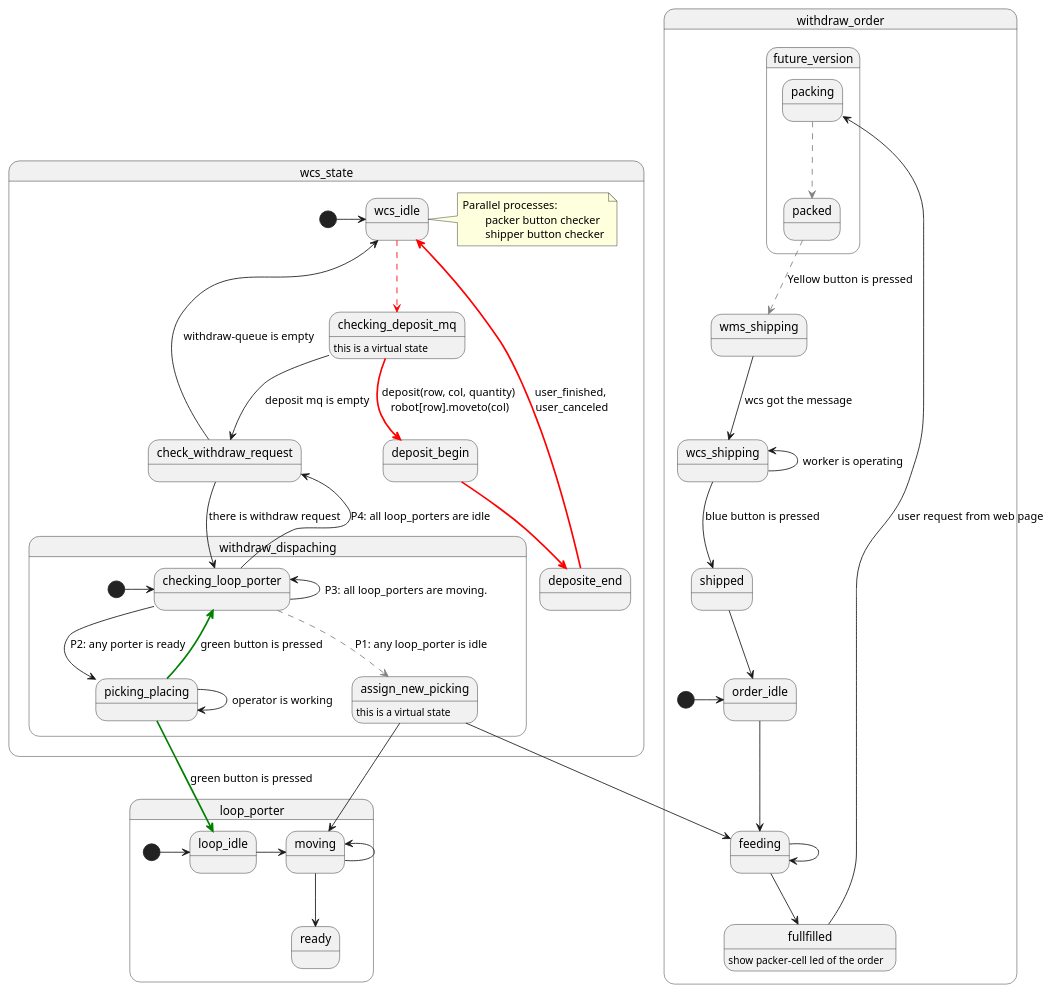
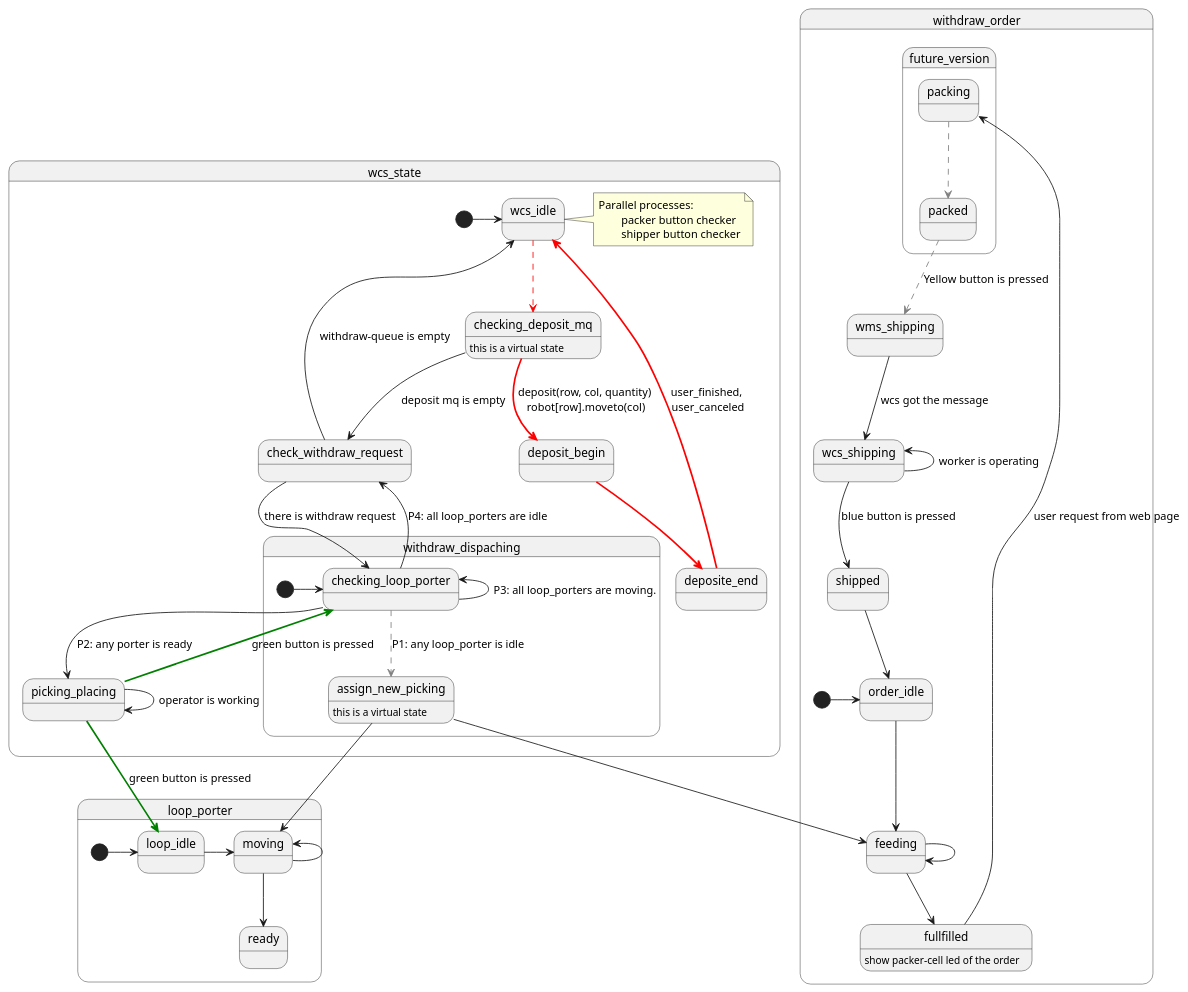
Before and after one commit to voicevon/gobot_front: the diagram in apps/port1234/docs/wcs_state_machine.puml, drawn with PlantUML. The commit also changed 9 other files, not shown here.

```diff
--- a/apps/port1234/docs/wcs_state_machine.puml
+++ b/apps/port1234/docs/wcs_state_machine.puml
@@ -1,63 +1,64 @@
 @startuml
 
 state wcs_state{
 	[*] -> wcs_idle
 	wcs_idle-[#red,dashed]-> checking_deposit_mq
 	checking_deposit_mq -[#red,bold]-> deposit_begin: deposit(row, col, quantity) \nrobot[row].moveto(col)
 	deposit_begin -[#red,bold]-> deposite_end
 	deposite_end -[#red,bold]->wcs_idle: user_finished, \nuser_canceled
 	checking_deposit_mq: this is a virtual state
 
 	state withdraw_dispaching{
 		[*] -> checking_loop_porter
 		checking_loop_porter -[#grey,dashed]-> assign_new_picking : P1: any loop_porter is idle
 		assign_new_picking: this is a virtual state
-		checking_loop_porter --> picking_placing : P2: any porter is ready  
-		checking_loop_porter <-- checking_loop_porter: P3: all loop_porters are moving.
-		picking_placing -> picking_placing: operator is working
-		picking_placing -[#green,bold]-> checking_loop_porter : green button is pressed
+
 	}
+	checking_loop_porter --> picking_placing : P2: any porter is ready  
+	checking_loop_porter <-- checking_loop_porter: P3: all loop_porters are moving.
+	picking_placing -> picking_placing: operator is working
+	picking_placing -[#green,bold]-> checking_loop_porter : green button is pressed
 	checking_deposit_mq --> check_withdraw_request: deposit mq is empty
 	check_withdraw_request --> wcs_idle:  withdraw-queue is empty
 	check_withdraw_request --> checking_loop_porter: there is withdraw request
 	check_withdraw_request <-- checking_loop_porter: P4: all loop_porters are idle
 	note right of wcs_idle
 	Parallel processes:
 		packer button checker
 		shipper button checker
 	end note
 }
 
 
 state loop_porter {
 	[*] -> loop_idle 
 	loop_idle -> moving
 	moving <- moving
 	moving --> ready
 }
 
 picking_placing -[#green,bold]-> loop_idle : green button is pressed
 assign_new_picking --> moving
 
 
 state withdraw_order{
 	[*] -> order_idle
 	order_idle --> feeding
 	feeding --> feeding
 	feeding --> fullfilled
 
 	state future_version{
 		fullfilled --> packing: user request from web page
 		packing -[#grey,dashed]-> packed 
 	}
 	packed -[#grey,dashed]-> wms_shipping: Yellow button is pressed
 
 	wms_shipping --> wcs_shipping: wcs got the message
 	wcs_shipping <-- wcs_shipping: worker is operating
 	wcs_shipping --> shipped: blue button is pressed
 	shipped --> order_idle
 	fullfilled: show packer-cell led of the order
 }
 
 assign_new_picking --> feeding
 @enduml
```
